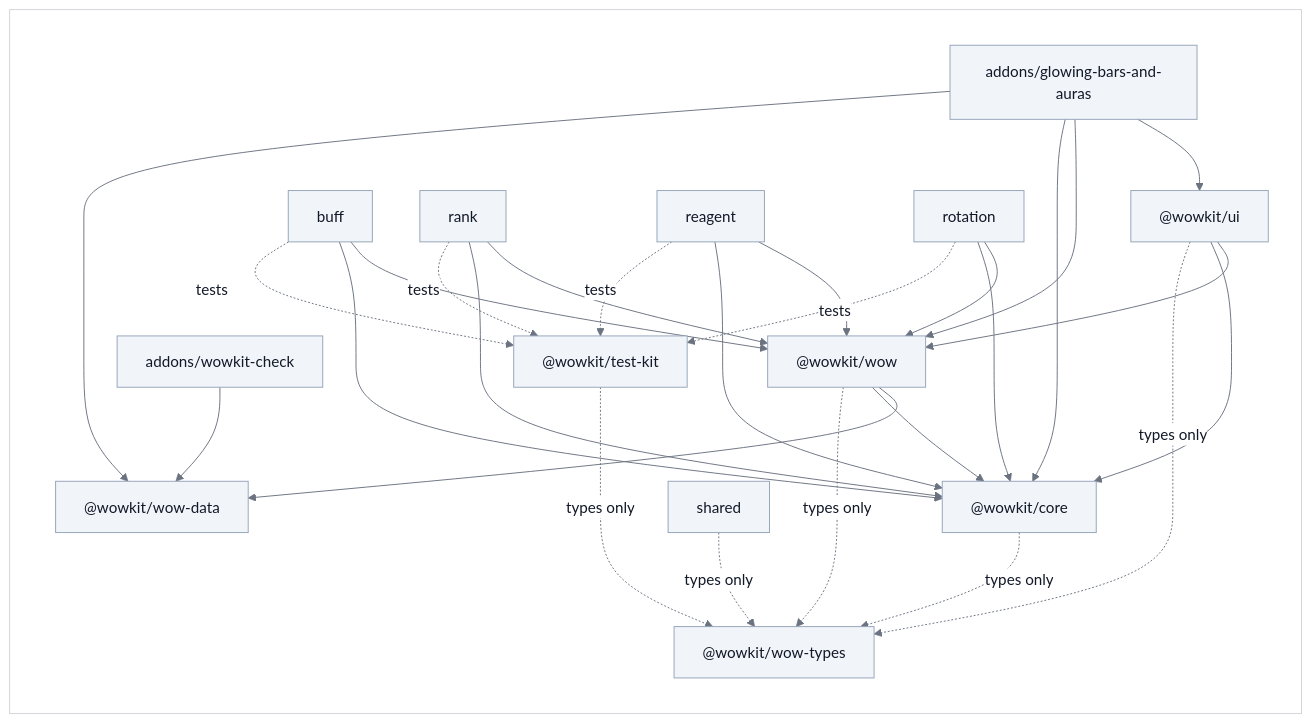
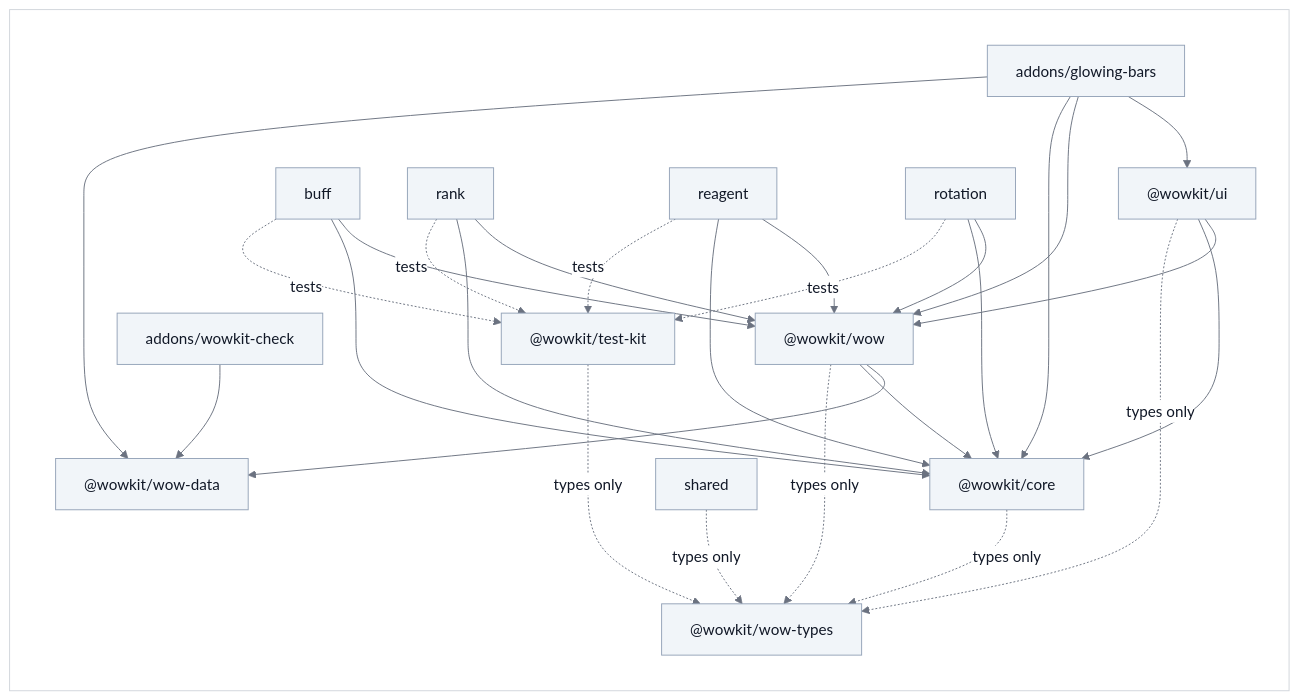
The diagram in docs/packages.md (vattiss/wowkit), drawn with Mermaid before and after one commit. The commit also changed other lines of this file and 103 other files, not shown here.

First line of the commit message:
refactor!: rename the addon to Glowing Bars

````diff
--- a/docs/packages.md
+++ b/docs/packages.md
@@ -26,35 +26,35 @@
 ```mermaid
 %%{init: {"theme":"base","themeVariables":{"background":"#ffffff","lineColor":"#6b7280","textColor":"#111827","primaryColor":"#f1f5f9","primaryTextColor":"#111827","primaryBorderColor":"#94a3b8","secondaryColor":"#e2e8f0","tertiaryColor":"#ffffff","mainBkg":"#f1f5f9","nodeBorder":"#94a3b8","nodeTextColor":"#111827","titleColor":"#111827","edgeLabelBackground":"#ffffff","labelBackground":"#ffffff","labelTextColor":"#111827","clusterBkg":"#ffffff","clusterBorder":"#d1d5db","classText":"#111827"}}}%%
 flowchart LR
     classDef default fill:#f1f5f9,stroke:#94a3b8,color:#111827
     subgraph PANEL[" "]
-        glowing["addons/glowing-bars-and-auras"] --> ui["@wowkit/ui"]
+        glowing["addons/glowing-bars"] --> ui["@wowkit/ui"]
         glowing --> wow
         glowing --> core
         glowing --> data["@wowkit/wow-data"]
         wow --> data
         checker["addons/wowkit-check"] --> data
         buff --> wow["@wowkit/wow"]
         rank --> wow
         reagent --> wow
         rotation --> wow
         buff --> core["@wowkit/core"]
         rank --> core
         reagent --> core
         rotation --> core
         ui --> wow
         ui --> core
         wow --> core
         buff -. "tests" .-> testkit["@wowkit/test-kit"]
         rank -. "tests" .-> testkit
         reagent -. "tests" .-> testkit
         rotation -. "tests" .-> testkit
         wow -. "types only" .-> types["@wowkit/wow-types"]
         ui -. "types only" .-> types
         shared -. "types only" .-> types
         core -. "types only" .-> types
         testkit -. "types only" .-> types
     end
     classDef panel fill:#ffffff,stroke:#d1d5db,color:#111827
     class PANEL panel
 ```
````
